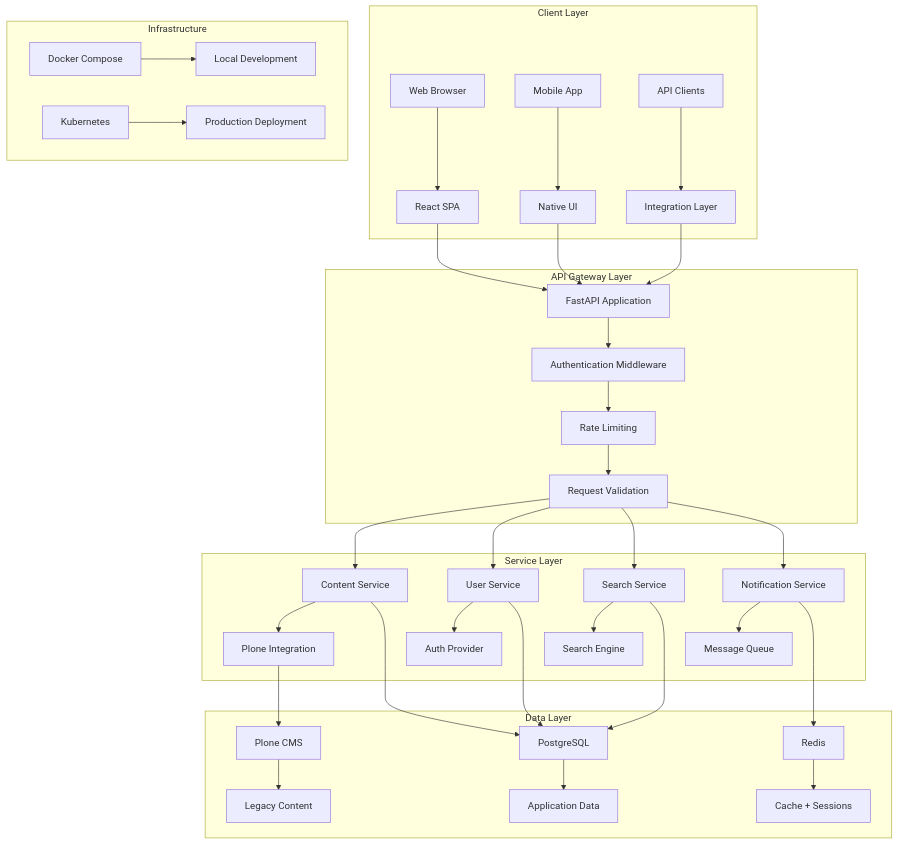
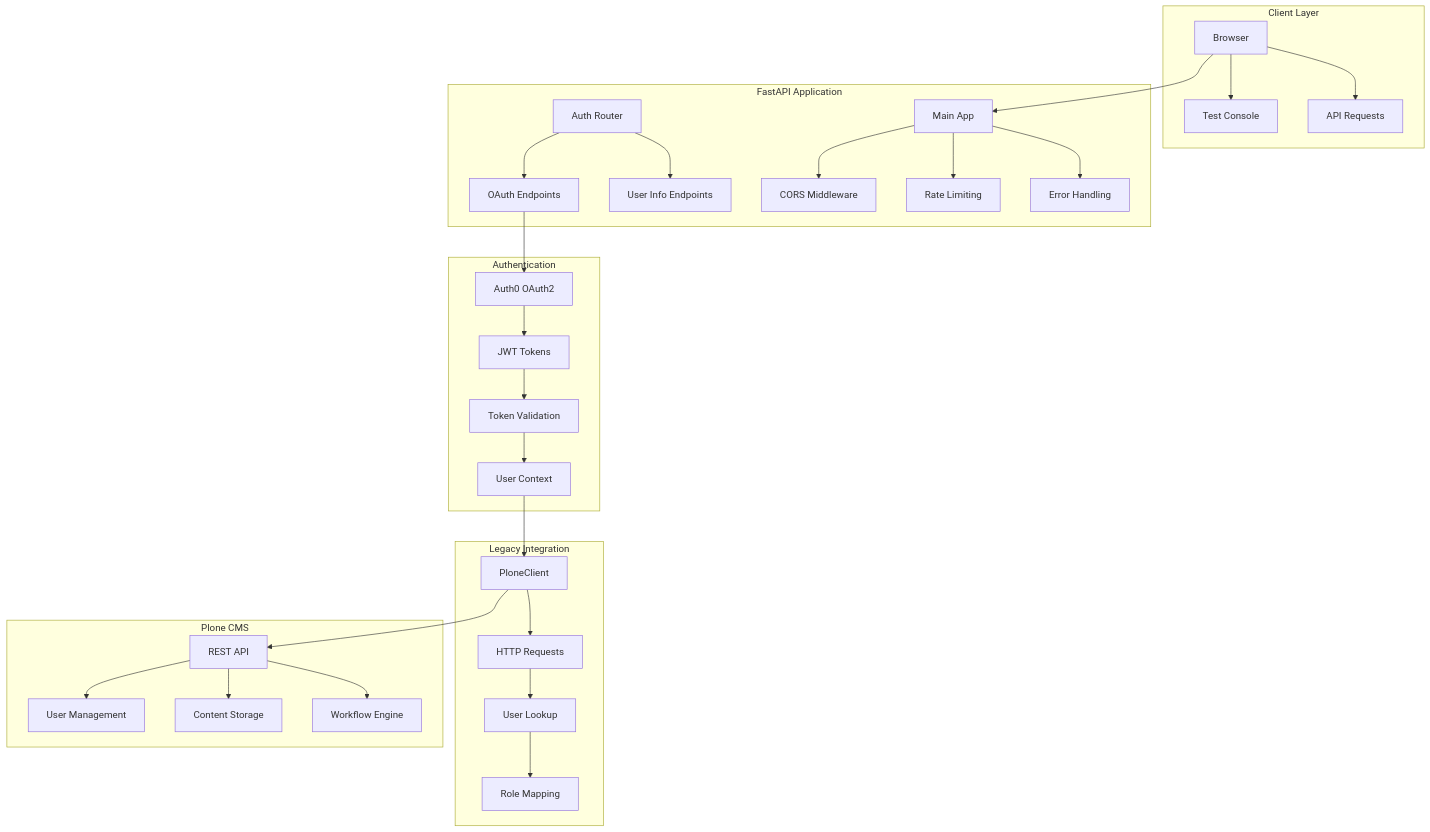
One commit to ryanmosz/eduhub changed the second of 4 diagrams in docs/architecture/system-architecture.md. Above: the diagram before and after it, drawn with Mermaid. The commit also changed other lines of this file and 7 other files, not shown here.

````diff
--- a/docs/architecture/system-architecture.md
+++ b/docs/architecture/system-architecture.md
@@ -136,53 +64,38 @@
 ```mermaid
 graph TB
     subgraph "Client Layer"
-        A[Web Browser] --> B[React SPA]
-        C[Mobile App] --> D[Native UI]
-        E[API Clients] --> F[Integration Layer]
+        A[Browser] --> B[Test Console]
+        A --> C[API Requests]
     end
 
-    subgraph "API Gateway Layer"
-        G[FastAPI Application]
-        H[Authentication Middleware]
-        I[Rate Limiting]
-        J[Request Validation]
+    subgraph "FastAPI Application"
+        D[Auth Router] --> E[OAuth Endpoints]
+        D --> F[User Info Endpoints]
+        G[Main App] --> H[CORS Middleware]
+        G --> I[Rate Limiting]
+        G --> J[Error Handling]
     end
 
-    subgraph "Service Layer"
-        K[Content Service] --> L[Plone Integration]
-        M[User Service] --> N[Auth Provider]
-        O[Search Service] --> P[Search Engine]
-        Q[Notification Service] --> R[Message Queue]
+    subgraph "Authentication"
+        K[Auth0 OAuth2] --> L[JWT Tokens]
+        L --> M[Token Validation]
+        M --> N[User Context]
     end
 
-    subgraph "Data Layer"
-        S[PostgreSQL] --> T[Application Data]
-        U[Redis] --> V[Cache + Sessions]
-        W[Plone CMS] --> X[Legacy Content]
+    subgraph "Legacy Integration"
+        O[PloneClient] --> P[HTTP Requests]
+        P --> Q[User Lookup]
+        Q --> R[Role Mapping]
     end
 
-    subgraph "Infrastructure"
-        Y[Docker Compose] --> Z[Local Development]
-        AA[Kubernetes] --> BB[Production Deployment]
+    subgraph "Plone CMS"
+        S[REST API] --> T[User Management]
+        S --> U[Content Storage]
+        S --> V[Workflow Engine]
     end
 
-    B --> G
-    D --> G
-    F --> G
-
-    G --> H
-    H --> I
-    I --> J
-
-    J --> K
-    J --> M
-    J --> O
-    J --> Q
-
-    K --> S
-    M --> S
+    A --> G
+    E --> K
+    N --> O
     O --> S
-    Q --> U
-
-    L --> W
 ```
````
